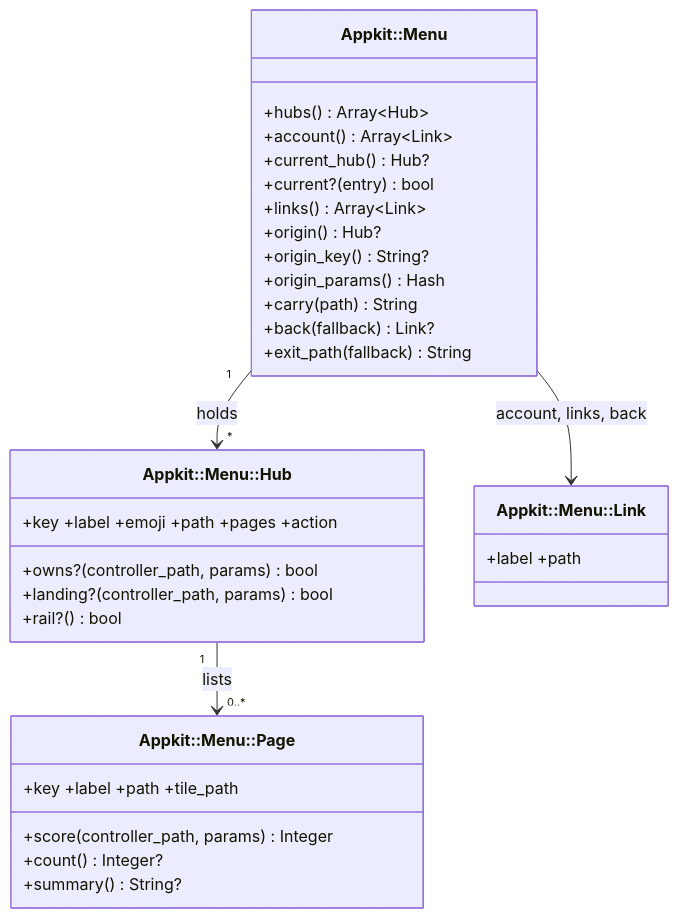
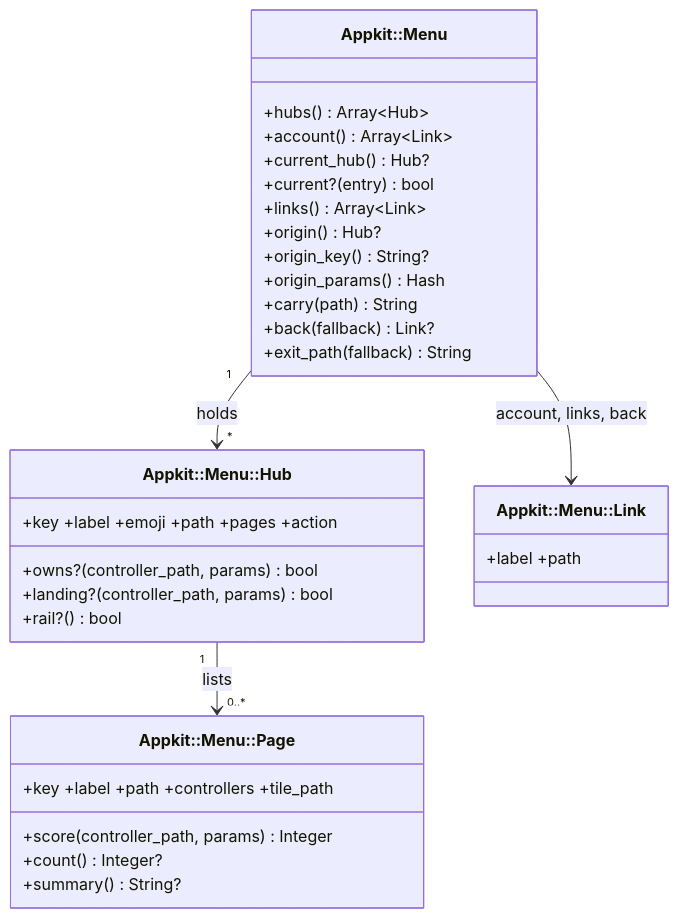
Before and after one commit to eirvandelden/appkit: the first of 2 diagrams in docs/changes/navigation-hubs/plan.md, drawn with Mermaid. The commit also changed other lines of this file and 3 other files, not shown here.

````diff
--- a/docs/changes/navigation-hubs/plan.md
+++ b/docs/changes/navigation-hubs/plan.md
@@ -24,34 +24,34 @@
 ```mermaid
 classDiagram
   class AppkitMenu["Appkit::Menu"] {
     +hubs() Array~Hub~
     +account() Array~Link~
     +current_hub() Hub?
     +current?(entry) bool
     +links() Array~Link~
     +origin() Hub?
     +origin_key() String?
     +origin_params() Hash
     +carry(path) String
     +back(fallback) Link?
     +exit_path(fallback) String
   }
   class Hub["Appkit::Menu::Hub"] {
     +key +label +emoji +path +pages +action
     +owns?(controller_path, params) bool
     +landing?(controller_path, params) bool
     +rail?() bool
   }
   class Page["Appkit::Menu::Page"] {
-    +key +label +path +tile_path
+    +key +label +path +controllers +tile_path
     +score(controller_path, params) Integer
     +count() Integer?
     +summary() String?
   }
   class Link["Appkit::Menu::Link"] {
     +label +path
   }
   AppkitMenu "1" --> "*" Hub : holds
   Hub "1" --> "0..*" Page : lists
   AppkitMenu --> Link : account, links, back
 ```
````
